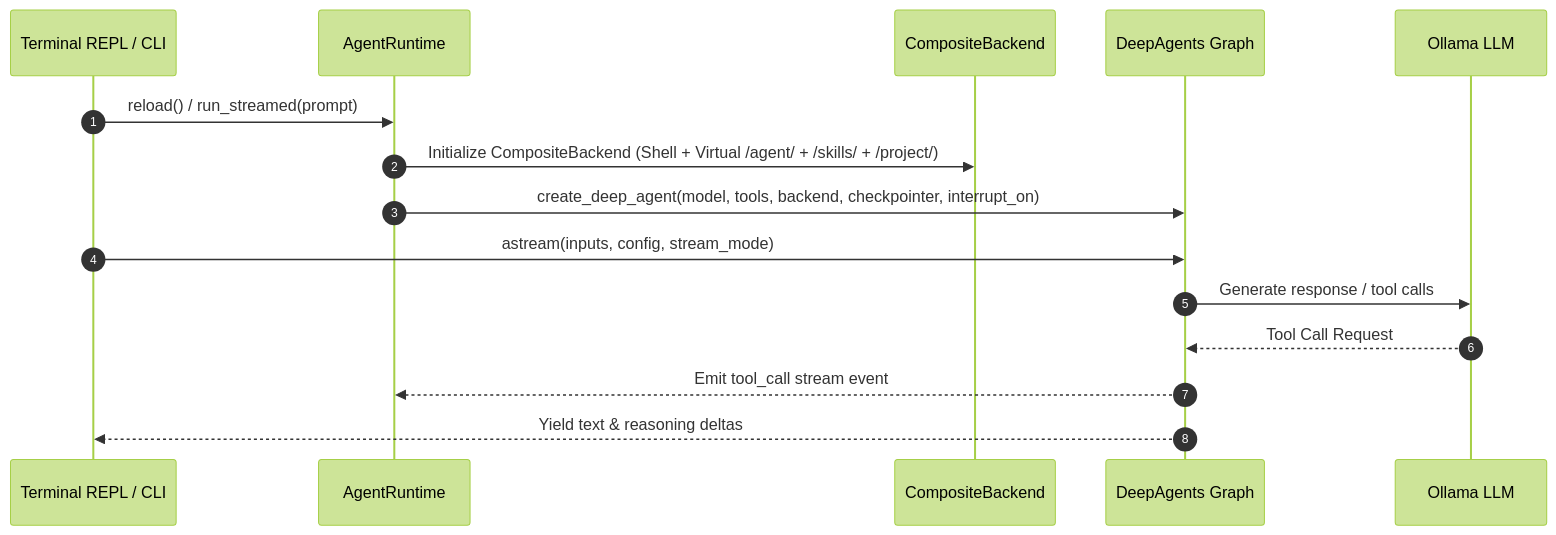
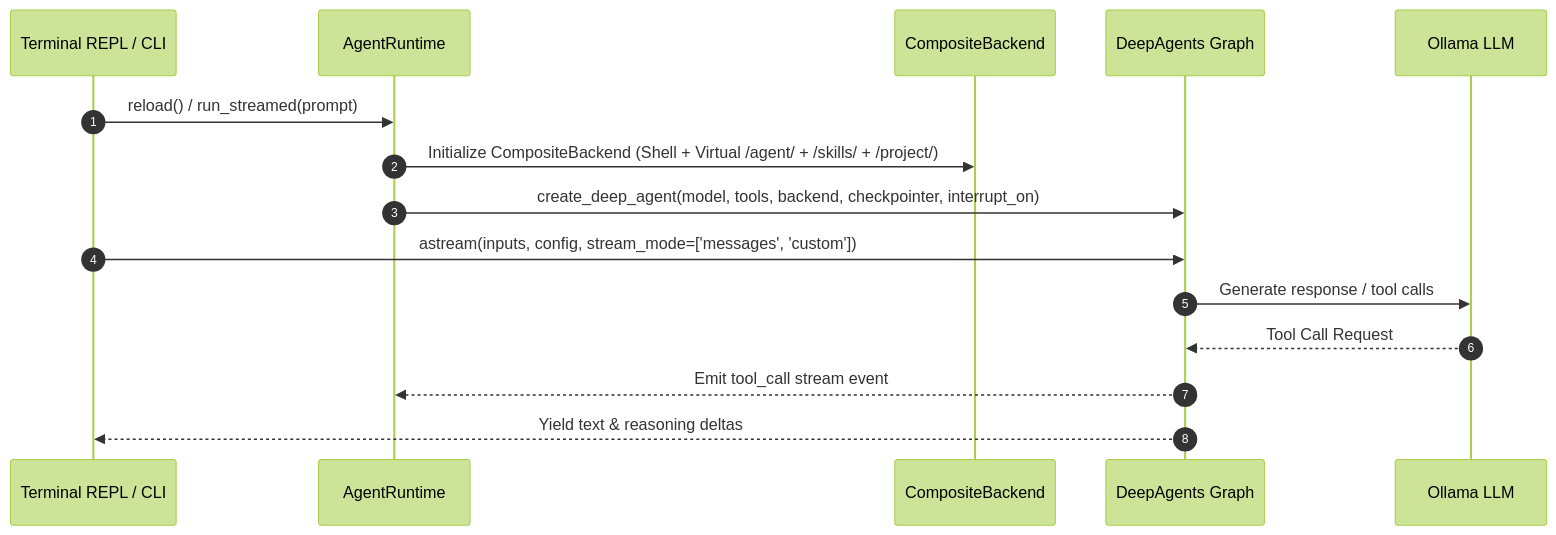
One commit to arrase/ollama-agent changed the second of 8 diagrams in docs/architecture.md. Above: the diagram before and after it, drawn with Mermaid (forest theme). The commit also changed other lines of this file and 9 other files, not shown here.

````diff
--- a/docs/architecture.md
+++ b/docs/architecture.md
@@ -60,18 +60,18 @@
 ```mermaid
 sequenceDiagram
     autonumber
     participant UI as Terminal REPL / CLI
     participant Runtime as AgentRuntime
     participant Backend as CompositeBackend
     participant Graph as DeepAgents Graph
     participant LLM as Ollama LLM
 
     UI->>Runtime: reload() / run_streamed(prompt)
     Runtime->>Backend: Initialize CompositeBackend (Shell + Virtual /agent/ + /skills/ + /project/)
     Runtime->>Graph: create_deep_agent(model, tools, backend, checkpointer, interrupt_on)
-    UI->>Graph: astream(inputs, config, stream_mode)
+    UI->>Graph: astream(inputs, config, stream_mode=['messages', 'custom'])
     Graph->>LLM: Generate response / tool calls
     LLM-->>Graph: Tool Call Request
     Graph-->>Runtime: Emit tool_call stream event
     Graph-->>UI: Yield text & reasoning deltas
 ```
````
